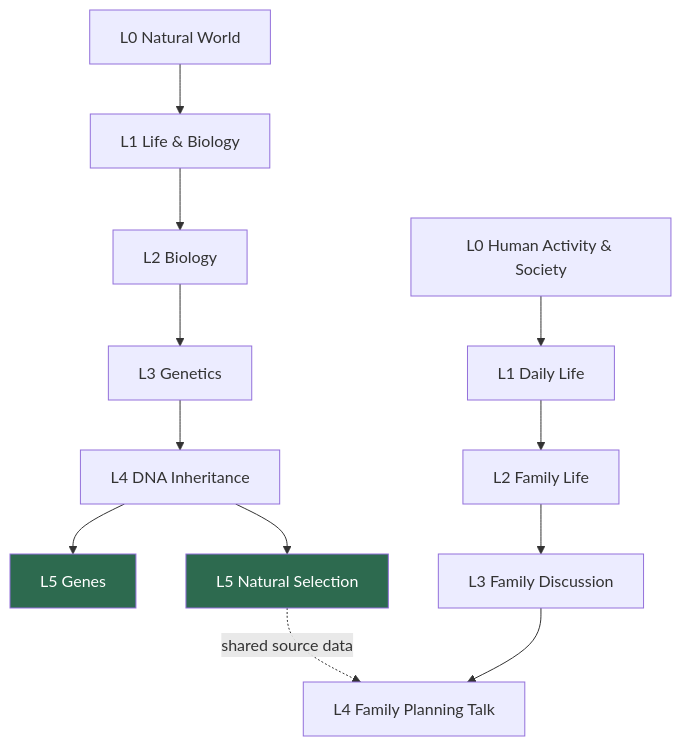
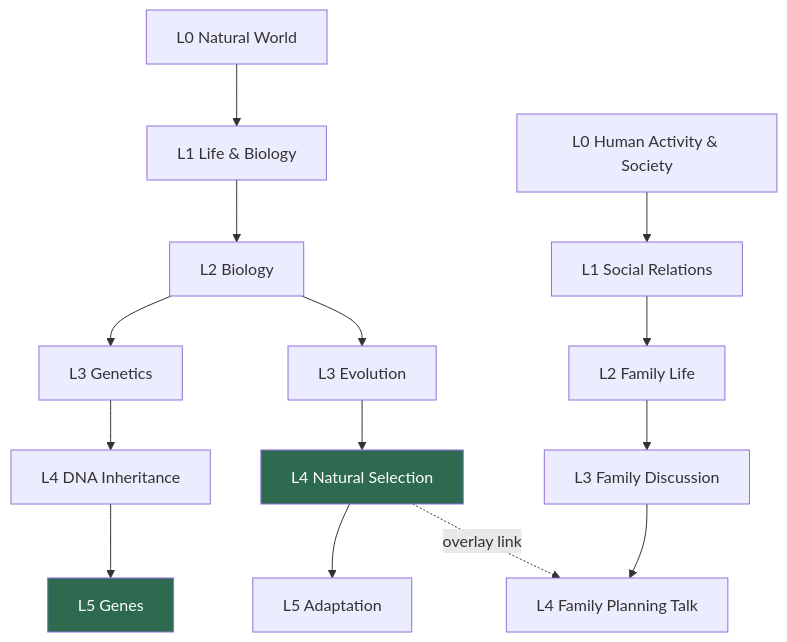
Before and after one commit to LCapy/embedding-rhizome-classifier: the fifth of 5 diagrams in docs/architecture.md, drawn with Mermaid. The commit also changed other lines of this file and 15 other files, not shown here.

````diff
--- a/docs/architecture.md
+++ b/docs/architecture.md
@@ -190,19 +193,21 @@
 ```mermaid
 flowchart TD
     L0["L0 Natural World"] --> L1a["L1 Life & Biology"]
     L1a --> L2a["L2 Biology"]
     L2a --> L3a["L3 Genetics"]
+    L2a --> L3b["L3 Evolution"]
     L3a --> L4a["L4 DNA Inheritance"]
     L4a --> L5a["L5 Genes"]
-    L4a --> L5b["L5 Natural Selection"]
+    L3b --> L4b["L4 Natural Selection"]
+    L4b --> L5b["L5 Adaptation"]
 
-    L0b["L0 Human Activity & Society"] --> L1b["L1 Daily Life"]
+    L0b["L0 Human Activity & Society"] --> L1b["L1 Social Relations"]
     L1b --> L2b["L2 Family Life"]
-    L2b --> L3b["L3 Family Discussion"]
-    L3b --> L4b["L4 Family Planning Talk"]
+    L2b --> L3c["L3 Family Discussion"]
+    L3c --> L4c["L4 Family Planning Talk"]
 
-    L5b -. shared source data .-> L4b
+    L4b -. overlay link .-> L4c
 
     style L5a fill:#2d6a4f,color:#fff
-    style L5b fill:#2d6a4f,color:#fff
+    style L4b fill:#2d6a4f,color:#fff
 ```
````
